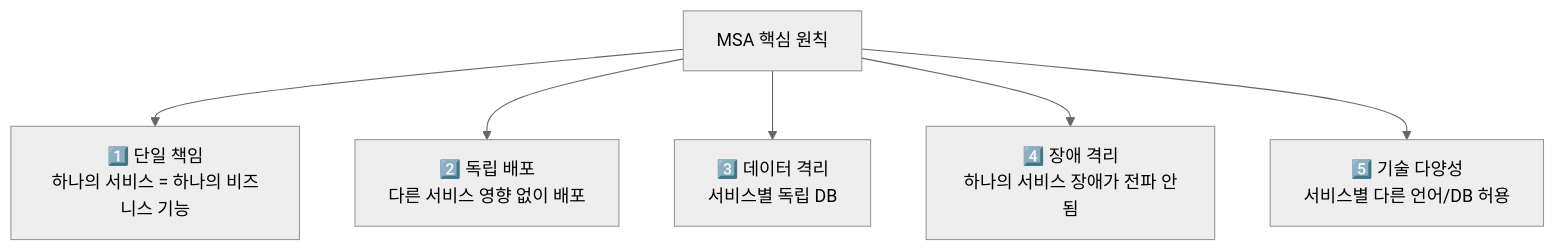
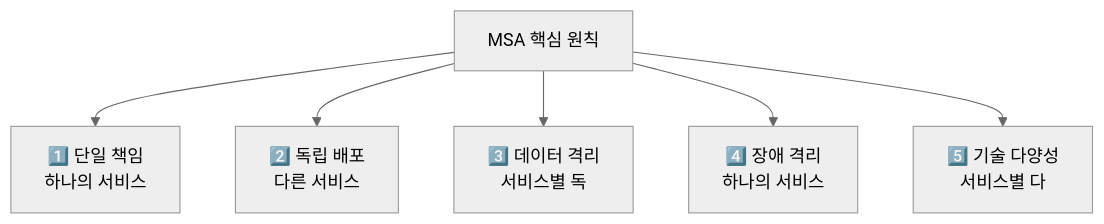
One commit to yjkim2015/yjkim2015.github.io changed the second of 15 diagrams in _posts/architecture/2026-05-02-msa-deep.md. Above: the diagram before and after it, drawn with Mermaid (neutral theme). The commit also changed other lines of this file and 271 other files, not shown here.

First line of the commit message:
Mermaid 라벨 축소: 긴 노드 텍스트 18자 이하로 트림 + \n 제거

````diff
--- a/_posts/architecture/2026-05-02-msa-deep.md
+++ b/_posts/architecture/2026-05-02-msa-deep.md
@@ -42,9 +42,9 @@
 ```mermaid
 graph TD
     MSA_Principles["MSA 핵심 원칙"]
-    MSA_Principles --> P1["1️⃣ 단일 책임\n하나의 서비스 = 하나의 비즈니스 기능"]
-    MSA_Principles --> P2["2️⃣ 독립 배포\n다른 서비스 영향 없이 배포"]
-    MSA_Principles --> P3["3️⃣ 데이터 격리\n서비스별 독립 DB"]
-    MSA_Principles --> P4["4️⃣ 장애 격리\n하나의 서비스 장애가 전파 안됨"]
-    MSA_Principles --> P5["5️⃣ 기술 다양성\n서비스별 다른 언어/DB 허용"]
+    MSA_Principles --> P1["1️⃣ 단일 책임\n하나의 서비스"]
+    MSA_Principles --> P2["2️⃣ 독립 배포\n다른 서비스"]
+    MSA_Principles --> P3["3️⃣ 데이터 격리\n서비스별 독"]
+    MSA_Principles --> P4["4️⃣ 장애 격리\n하나의 서비스"]
+    MSA_Principles --> P5["5️⃣ 기술 다양성\n서비스별 다"]
 ```
````
